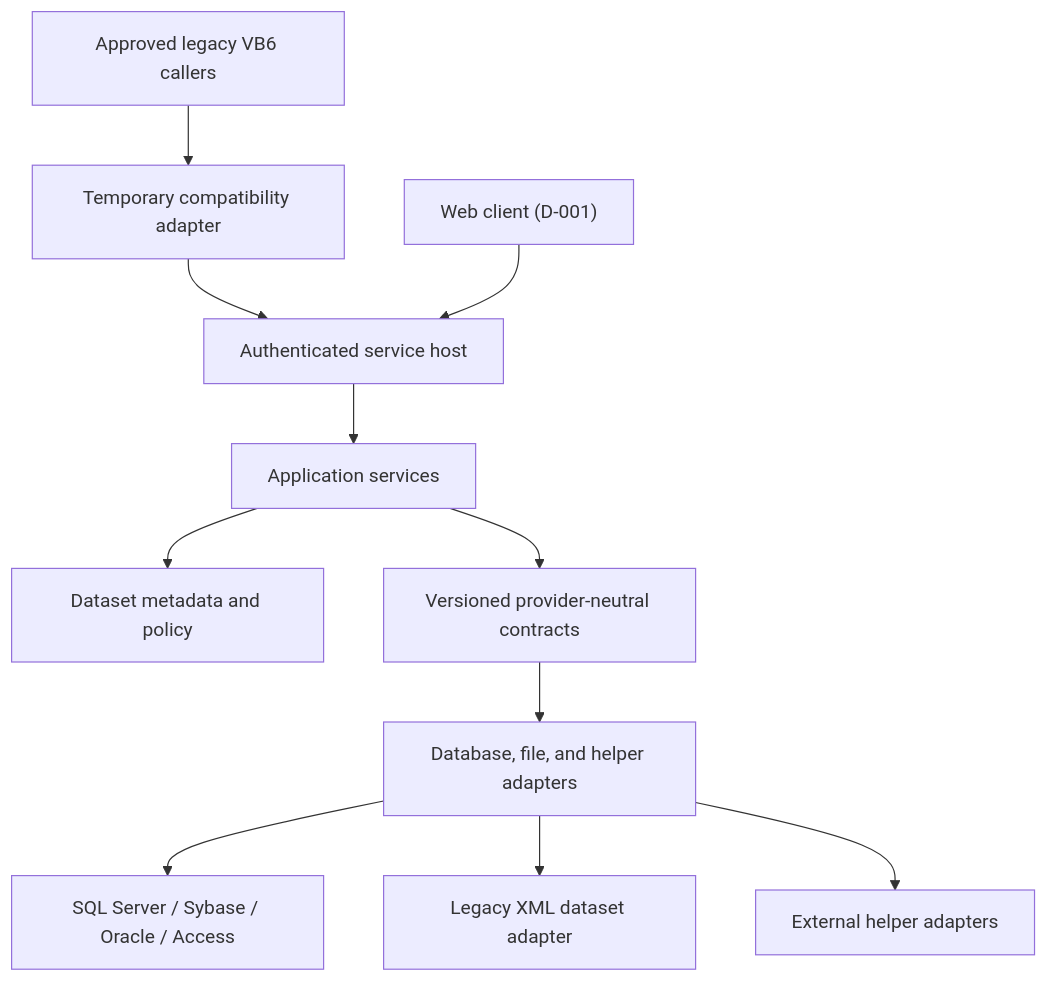
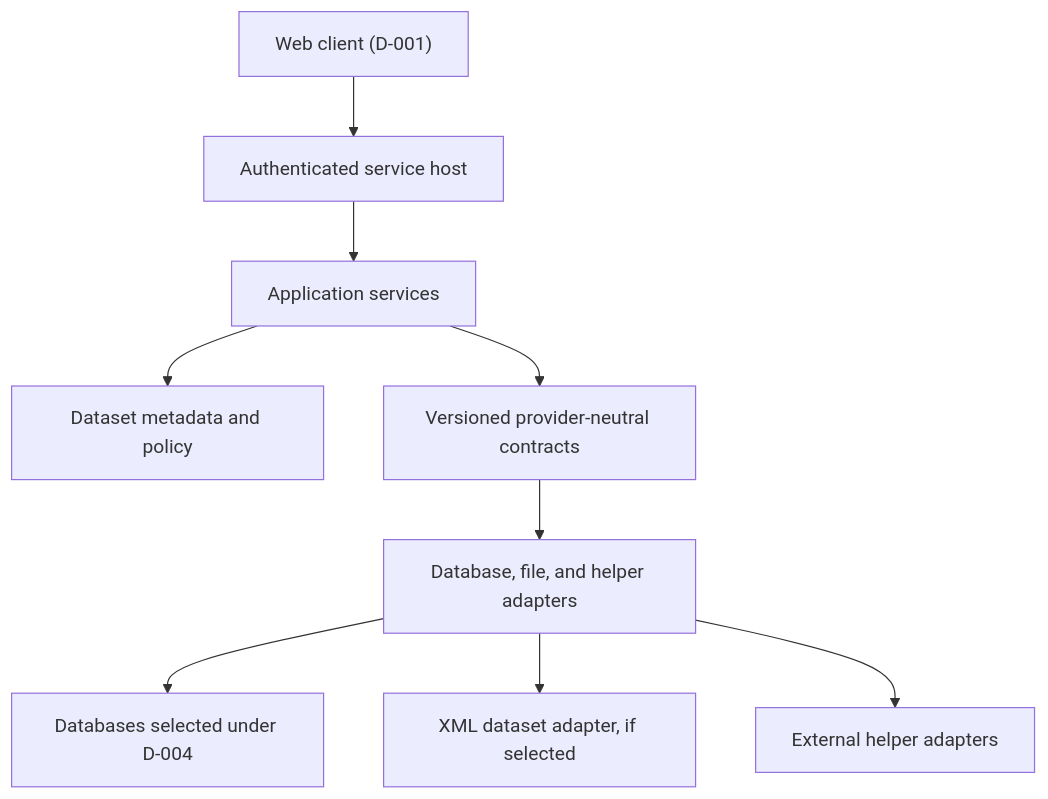
The second of 3 diagrams in docs/MIGRATION_MASTER.md (mraysmit/annper), drawn with Mermaid before and after one commit. The commit also changed other lines of this file and 7 other files, not shown here.

````diff
--- a/docs/MIGRATION_MASTER.md
+++ b/docs/MIGRATION_MASTER.md
@@ -340,25 +370,21 @@
 ```mermaid
 flowchart TB
-    Legacy["Approved legacy VB6 callers"]
     ModernClient["Web client (D-001)"]
-    Compat["Temporary compatibility adapter"]
     Host["Authenticated service host"]
     App["Application services"]
     Model["Dataset metadata and policy"]
     Contracts["Versioned provider-neutral contracts"]
     Providers["Database, file, and helper adapters"]
-    DB["SQL Server / Sybase / Oracle / Access"]
-    XML["Legacy XML dataset adapter"]
+    DB["Databases selected under D-004"]
+    XML["XML dataset adapter, if selected"]
     Ext["External helper adapters"]
 
-    Legacy --> Compat
-    Compat --> Host
     ModernClient --> Host
     Host --> App
     App --> Model
     App --> Contracts
     Contracts --> Providers
     Providers --> DB
     Providers --> XML
     Providers --> Ext
 ```
````
